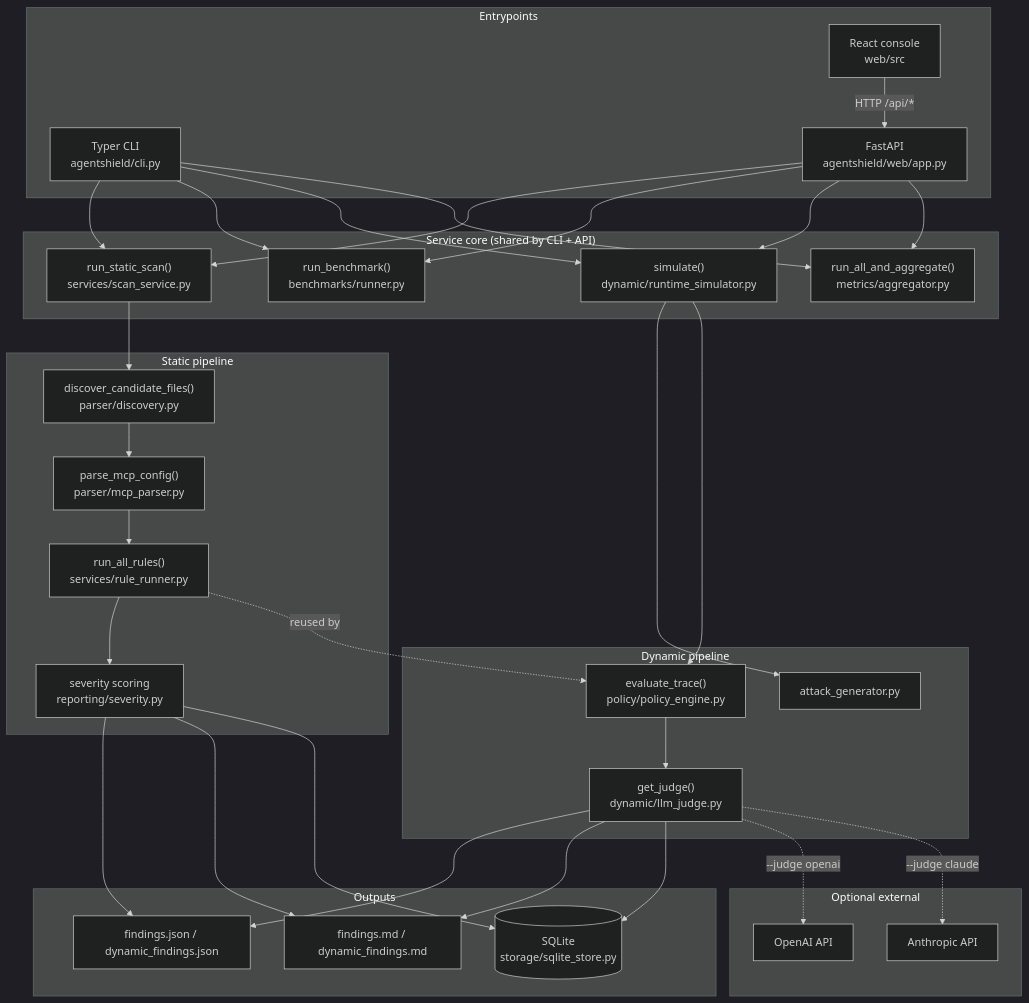
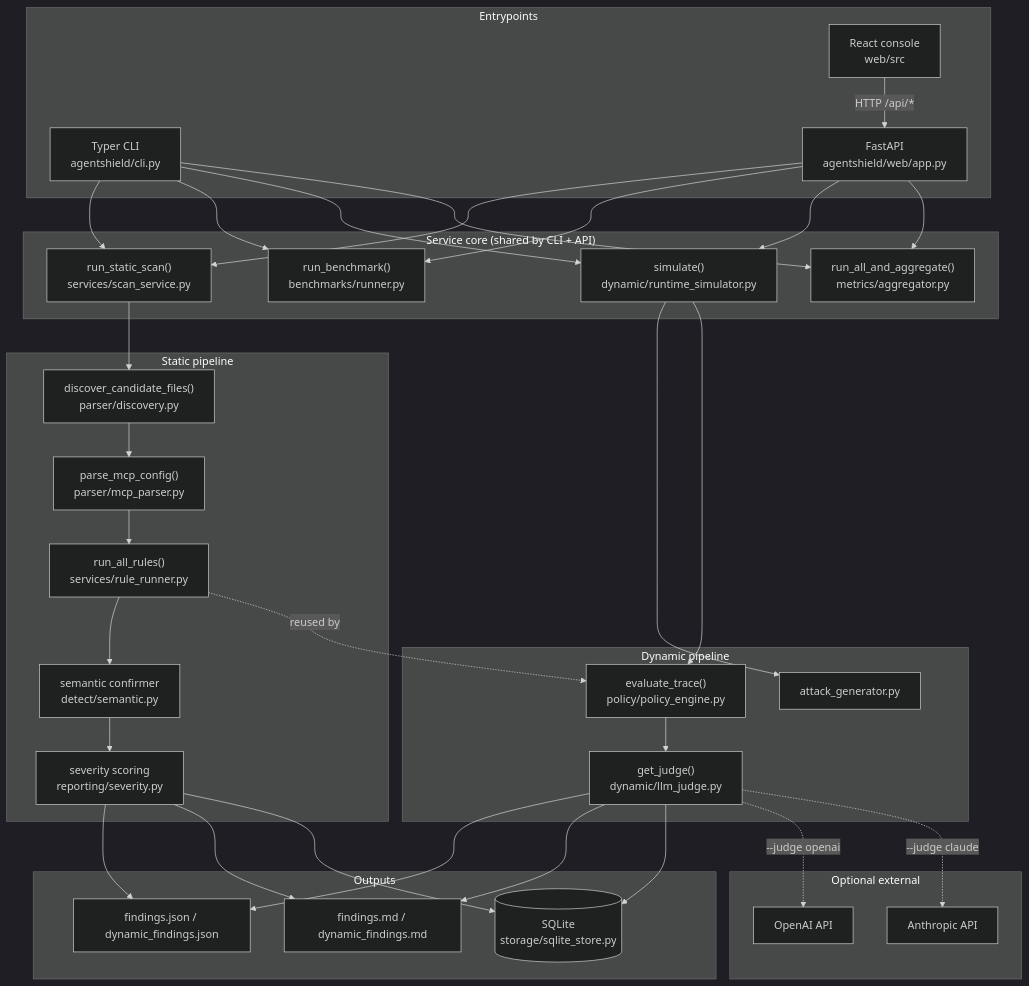
One commit to samarthshete/AgentShield changed the first of 4 diagrams in docs/architecture.md. Above: the diagram before and after it, drawn with Mermaid (dark theme). The commit also changed other lines of this file and 18 other files, not shown here.

Commit message:
Sync all docs to current outcomes: measured LLM tier, FE tests, FK schema, live deploy

````diff
--- a/docs/architecture.md
+++ b/docs/architecture.md
@@ -25,56 +27,57 @@
 ```mermaid
 flowchart TD
     subgraph Entrypoints
         CLI["Typer CLI<br/>agentshield/cli.py"]
         API["FastAPI<br/>agentshield/web/app.py"]
         WEB["React console<br/>web/src"]
     end
 
     WEB -->|HTTP /api/*| API
 
     subgraph Core["Service core (shared by CLI + API)"]
         SCAN["run_static_scan()<br/>services/scan_service.py"]
         BENCH["run_benchmark()<br/>benchmarks/runner.py"]
         SIM["simulate()<br/>dynamic/runtime_simulator.py"]
         METRICS["run_all_and_aggregate()<br/>metrics/aggregator.py"]
     end
 
     CLI --> SCAN & BENCH & SIM & METRICS
     API --> SCAN & BENCH & SIM & METRICS
 
     subgraph StaticPipe["Static pipeline"]
         DISC["discover_candidate_files()<br/>parser/discovery.py"]
         PARSE["parse_mcp_config()<br/>parser/mcp_parser.py"]
         RULES["run_all_rules()<br/>services/rule_runner.py"]
+        SEM["semantic confirmer<br/>detect/semantic.py"]
         SEV["severity scoring<br/>reporting/severity.py"]
     end
 
-    SCAN --> DISC --> PARSE --> RULES --> SEV
+    SCAN --> DISC --> PARSE --> RULES --> SEM --> SEV
 
     subgraph DynPipe["Dynamic pipeline"]
         GEN["attack_generator.py"]
         POL["evaluate_trace()<br/>policy/policy_engine.py"]
         JUDGE["get_judge()<br/>dynamic/llm_judge.py"]
     end
 
     SIM --> GEN
     SIM --> POL --> JUDGE
 
     RULES -.reused by.-> POL
 
     subgraph Outputs
         JSON["findings.json / dynamic_findings.json"]
         MD["findings.md / dynamic_findings.md"]
         DB[("SQLite<br/>storage/sqlite_store.py")]
     end
 
     SEV --> JSON & MD & DB
     JUDGE --> JSON & MD & DB
 
     subgraph Optional["Optional external"]
         OAI["OpenAI API"]
         ANT["Anthropic API"]
     end
     JUDGE -.->|--judge openai| OAI
     JUDGE -.->|--judge claude| ANT
 ```
````
